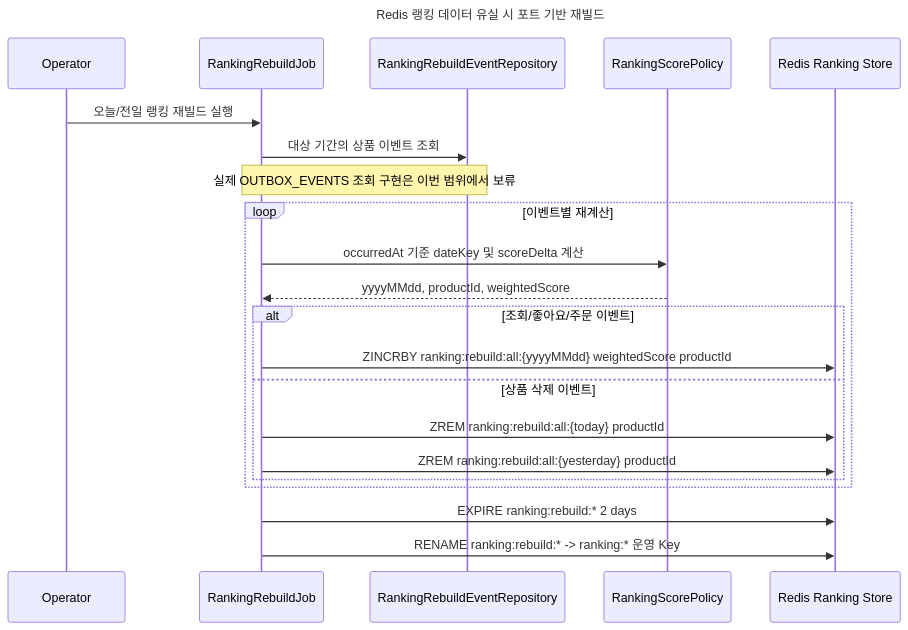
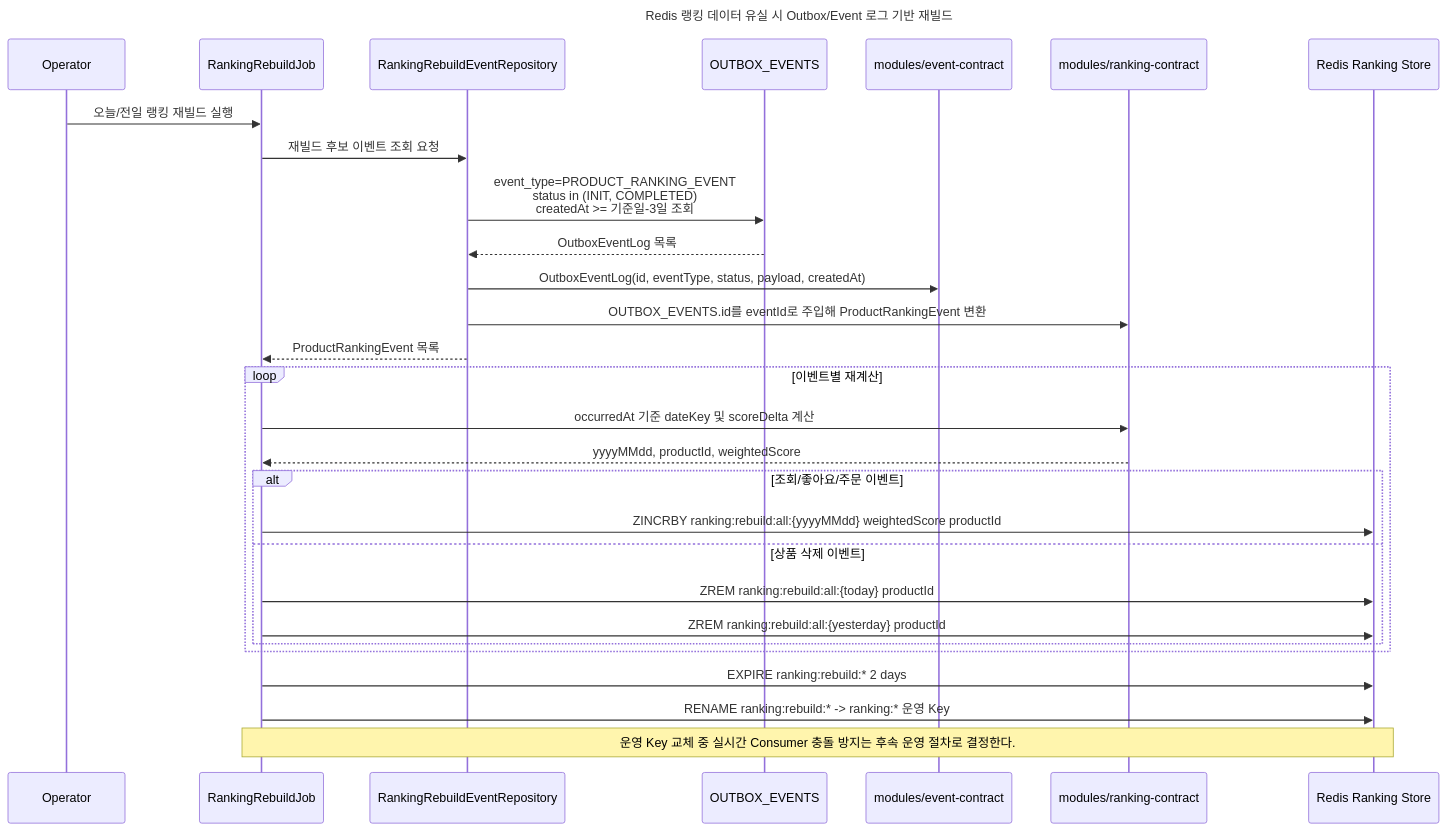
Before and after one commit to eelseungmin/loop-pack-be-l2-vol4-java: diagram 15 of 19 in docs/week2/02-sequence-diagrams.md, drawn with Mermaid. The commit also changed other lines of this file and 5 other files, not shown here.

````diff
--- a/docs/week2/02-sequence-diagrams.md
+++ b/docs/week2/02-sequence-diagrams.md
@@ -612,25 +613,32 @@
 ```mermaid
 sequenceDiagram
-    title Redis 랭킹 데이터 유실 시 포트 기반 재빌드
+    title Redis 랭킹 데이터 유실 시 Outbox/Event 로그 기반 재빌드
     participant Operator
     participant RebuildJob as RankingRebuildJob
     participant EventSource as RankingRebuildEventRepository
-    participant ScorePolicy as RankingScorePolicy
+    participant Outbox as OUTBOX_EVENTS
+    participant EventContract as modules/event-contract
+    participant RankingContract as modules/ranking-contract
     participant Redis as Redis Ranking Store
 
     Operator->>RebuildJob: 오늘/전일 랭킹 재빌드 실행
-    RebuildJob->>EventSource: 대상 기간의 상품 이벤트 조회
-    Note over RebuildJob, EventSource: 실제 OUTBOX_EVENTS 조회 구현은 이번 범위에서 보류
+    RebuildJob->>EventSource: 재빌드 후보 이벤트 조회 요청
+    EventSource->>Outbox: event_type=PRODUCT_RANKING_EVENT<br/>status in (INIT, COMPLETED)<br/>createdAt >= 기준일-3일 조회
+    Outbox-->>EventSource: OutboxEventLog 목록
+    EventSource->>EventContract: OutboxEventLog(id, eventType, status, payload, createdAt)
+    EventSource->>RankingContract: OUTBOX_EVENTS.id를 eventId로 주입해 ProductRankingEvent 변환
+    EventSource-->>RebuildJob: ProductRankingEvent 목록
     loop 이벤트별 재계산
-        RebuildJob->>ScorePolicy: occurredAt 기준 dateKey 및 scoreDelta 계산
-        ScorePolicy-->>RebuildJob: yyyyMMdd, productId, weightedScore
+        RebuildJob->>RankingContract: occurredAt 기준 dateKey 및 scoreDelta 계산
+        RankingContract-->>RebuildJob: yyyyMMdd, productId, weightedScore
         alt 조회/좋아요/주문 이벤트
             RebuildJob->>Redis: ZINCRBY ranking:rebuild:all:{yyyyMMdd} weightedScore productId
         else 상품 삭제 이벤트
             RebuildJob->>Redis: ZREM ranking:rebuild:all:{today} productId
             RebuildJob->>Redis: ZREM ranking:rebuild:all:{yesterday} productId
         end
     end
     RebuildJob->>Redis: EXPIRE ranking:rebuild:* 2 days
     RebuildJob->>Redis: RENAME ranking:rebuild:* -> ranking:* 운영 Key
+    Note over RebuildJob, Redis: 운영 Key 교체 중 실시간 Consumer 충돌 방지는 후속 운영 절차로 결정한다.
 ```
````
